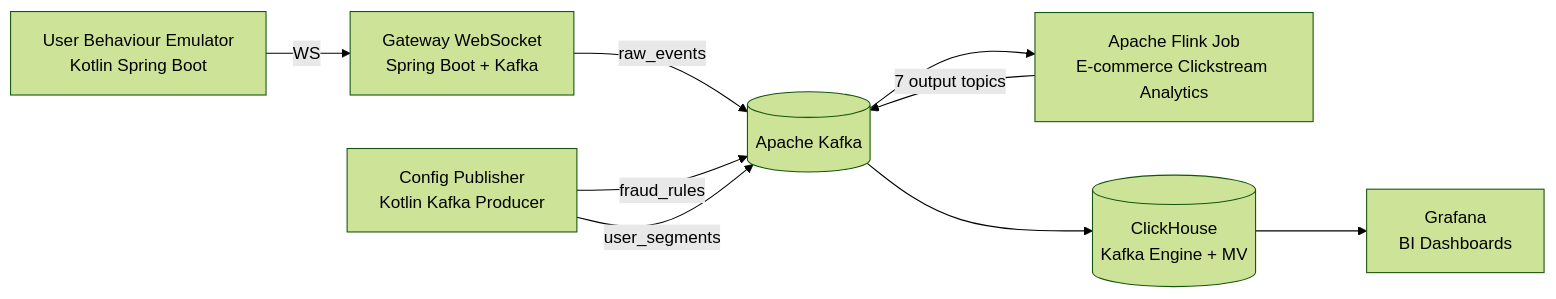
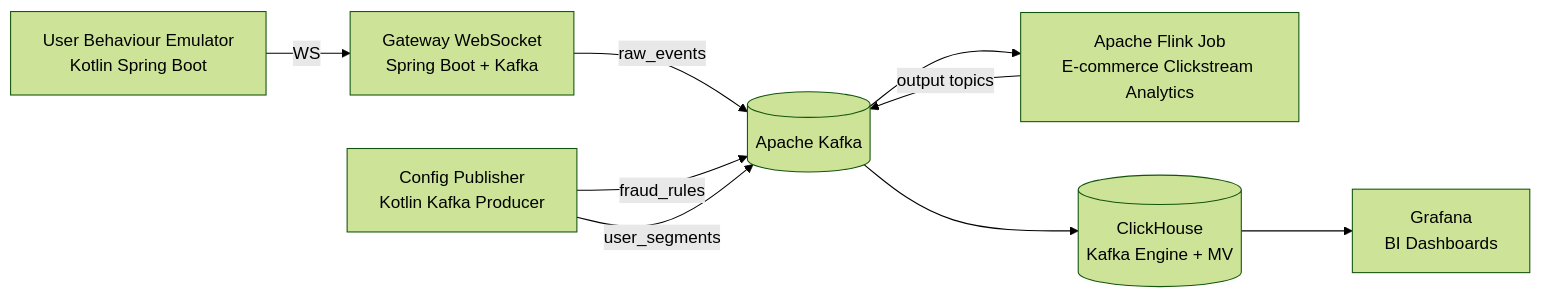
The first of 3 diagrams in clickstream-analytics-pipeline/README.md (AndrewVerenich/data-pipelines), drawn with Mermaid (forest theme) before and after one commit. The commit also changed other lines of this file and 14 other files, not shown here.

````diff
--- a/clickstream-analytics-pipeline/README.md
+++ b/clickstream-analytics-pipeline/README.md
@@ -13,11 +13,11 @@
 ```mermaid
 flowchart LR
     EMU[User Behaviour Emulator<br/>Kotlin Spring Boot] -->|WS| GW[Gateway WebSocket<br/>Spring Boot + Kafka]
     GW -->|raw_events| K[("Apache Kafka")]
     CFG[Config Publisher<br/>Kotlin Kafka Producer] -->|fraud_rules| K
     CFG -->|user_segments| K
     K --> FLINK["Apache Flink Job<br/>E-commerce Clickstream Analytics"]
-    FLINK -->|"7 output topics"| K
+    FLINK -->|"output topics"| K
     K --> CH[("ClickHouse<br/>Kafka Engine + MV")]
     CH --> GR[Grafana<br/>BI Dashboards]
 ```
````
